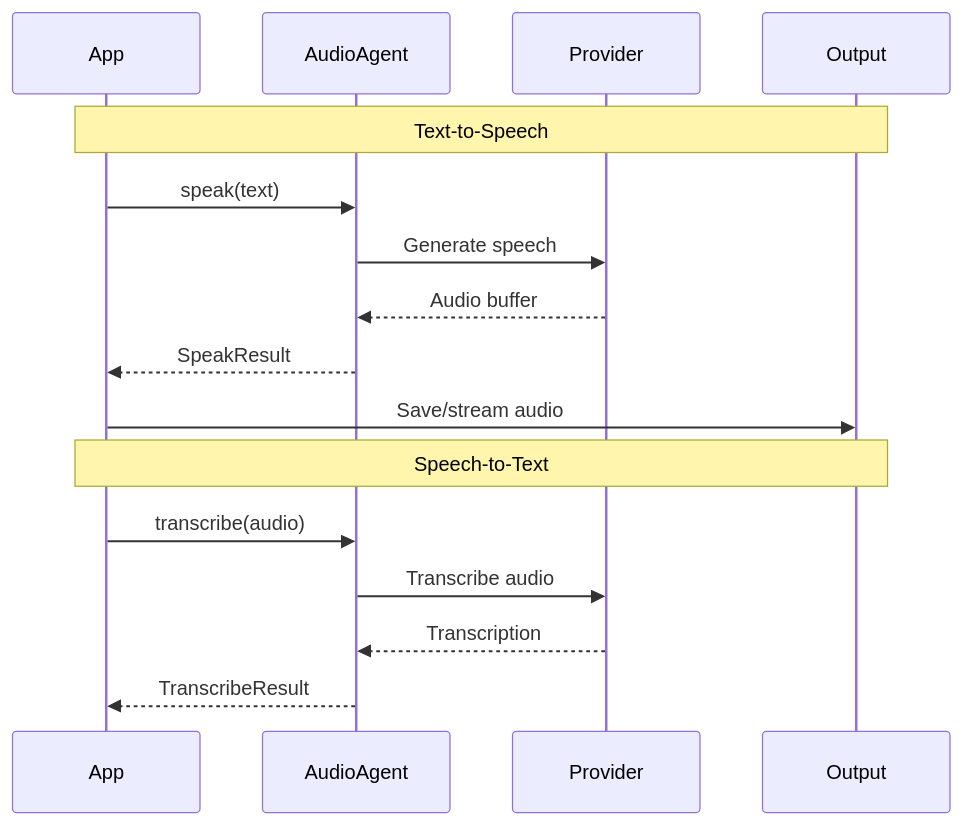
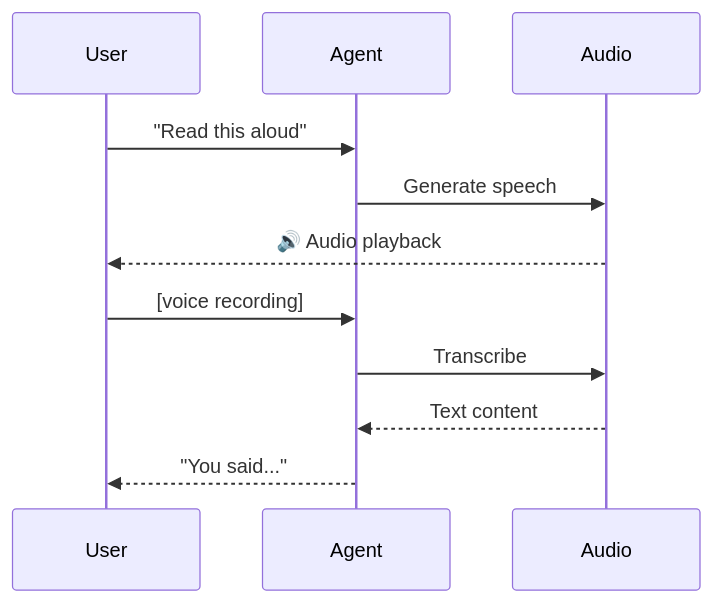
Before and after one commit to MervinPraison/PraisonAIDocs: the second of 2 diagrams in docs/js/audio.mdx, drawn with Mermaid. The commit also changed other lines of this file and 30 other files, not shown here.

````diff
--- a/docs/js/audio.mdx
+++ b/docs/js/audio.mdx
@@ -90,20 +61,15 @@
 ```mermaid
 sequenceDiagram
-    participant App
-    participant AudioAgent
-    participant Provider
-    participant Output
+    participant User
+    participant Agent
+    participant Audio
     
-    Note over App,Output: Text-to-Speech
-    App->>AudioAgent: speak(text)
-    AudioAgent->>Provider: Generate speech
-    Provider-->>AudioAgent: Audio buffer
-    AudioAgent-->>App: SpeakResult
-    App->>Output: Save/stream audio
+    User->>Agent: "Read this aloud"
+    Agent->>Audio: Generate speech
+    Audio-->>User: 🔊 Audio playback
     
-    Note over App,Output: Speech-to-Text
-    App->>AudioAgent: transcribe(audio)
-    AudioAgent->>Provider: Transcribe audio
-    Provider-->>AudioAgent: Transcription
-    AudioAgent-->>App: TranscribeResult
+    User->>Agent: [voice recording]
+    Agent->>Audio: Transcribe
+    Audio-->>Agent: Text content
+    Agent-->>User: "You said..."
 ```
````
